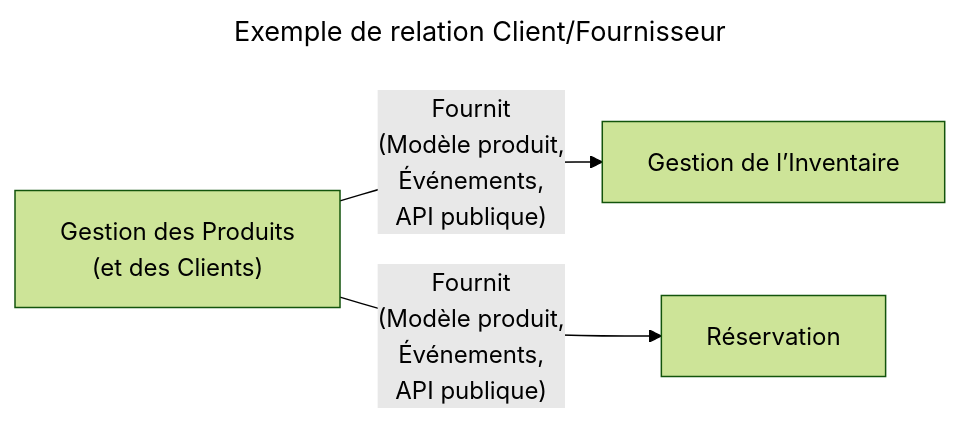
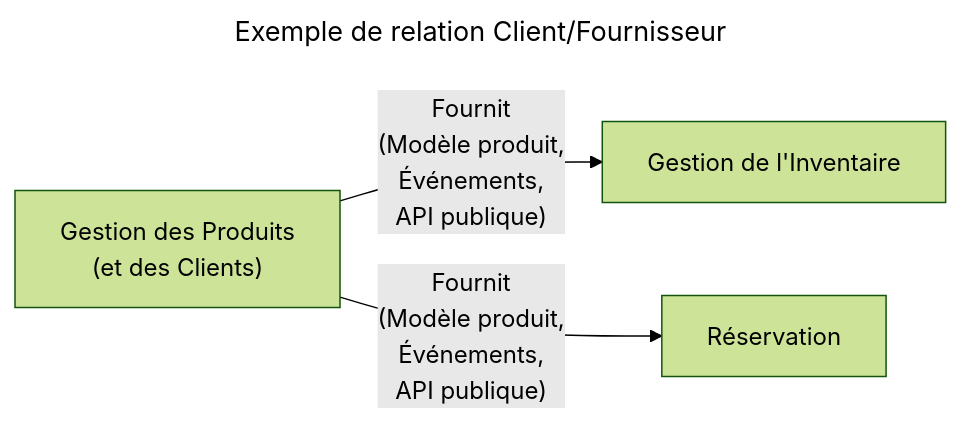
Before and after one commit to tavenel/website: diagram 12 of 21 in src/courses/ddd/cours-ddd.md, drawn with Mermaid (forest theme). The commit also changed other lines of this file and 180 other files, not shown here.

````diff
--- a/src/courses/ddd/cours-ddd.md
+++ b/src/courses/ddd/cours-ddd.md
@@ -802,12 +802,12 @@
 ```mermaid
 ---
 title: Exemple de relation Client/Fournisseur
 ---
 graph LR
   Products["Gestion des Produits<br/>(et des Clients)"]
-  Inventory["Gestion de l’Inventaire"]
+  Inventory["Gestion de l'Inventaire"]
   Reservation["Réservation"]
 
   Products -->|"Fournit<br/>(Modèle produit,<br/>Événements,<br/>API publique)"| Inventory
   Products -->|"Fournit<br/>(Modèle produit,<br/>Événements,<br/>API publique)"| Reservation
 ```
````
